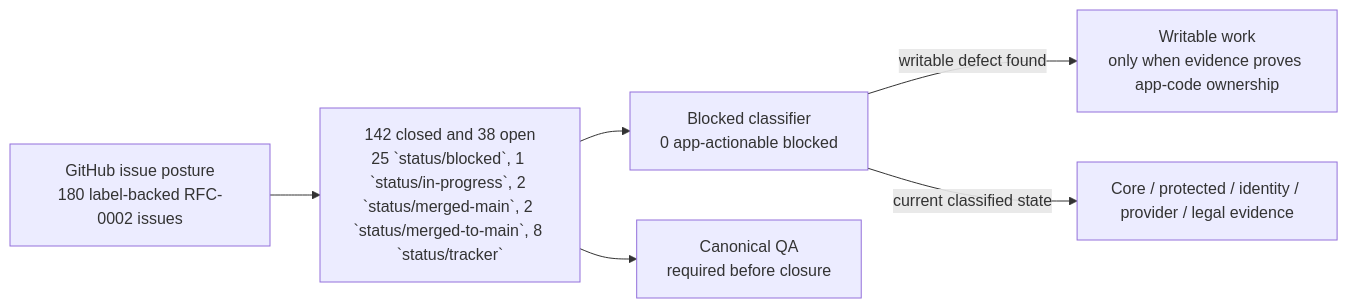
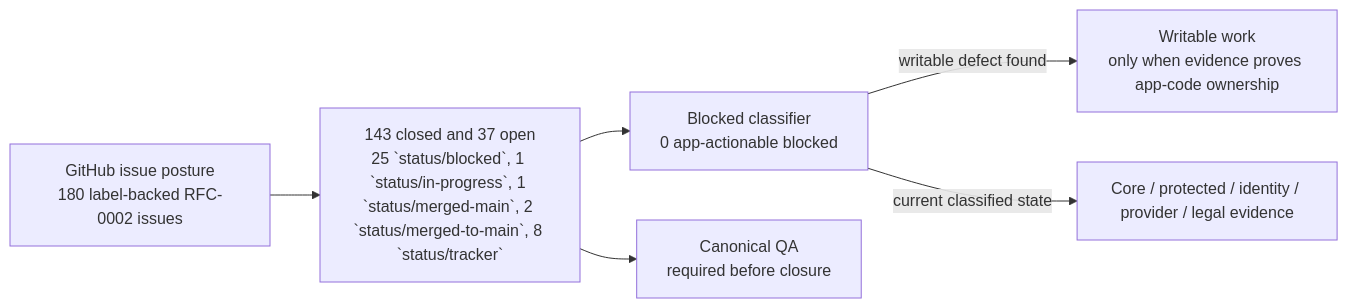
Before and after one commit to sgajbi/lotus-idea: the first of 2 diagrams in wiki/RFC-0002-Execution-Status.md, drawn with Mermaid. The commit also changed other lines of this file and 9 other files, not shown here.

````diff
--- a/wiki/RFC-0002-Execution-Status.md
+++ b/wiki/RFC-0002-Execution-Status.md
@@ -39,15 +39,15 @@
 ```mermaid
 flowchart LR
     Issues["GitHub issue posture<br/>180 label-backed RFC-0002 issues"]
-    Open["142 closed and 38 open<br/>25 `status/blocked`, 1 `status/in-progress`, 2 `status/merged-main`, 2 `status/merged-to-main`, 8 `status/tracker`"]
+    Open["143 closed and 37 open<br/>25 `status/blocked`, 1 `status/in-progress`, 1 `status/merged-main`, 2 `status/merged-to-main`, 8 `status/tracker`"]
     Blocked["Blocked classifier<br/>0 app-actionable blocked"]
     Work["Writable work<br/>only when evidence proves app-code ownership"]
     External["Core / protected / identity / provider / legal evidence"]
     QA["Canonical QA<br/>required before closure"]
 
     Issues --> Open
     Open --> Blocked
     Blocked -->|"writable defect found"| Work
     Blocked -->|"current classified state"| External
     Open --> QA
 ```
````
